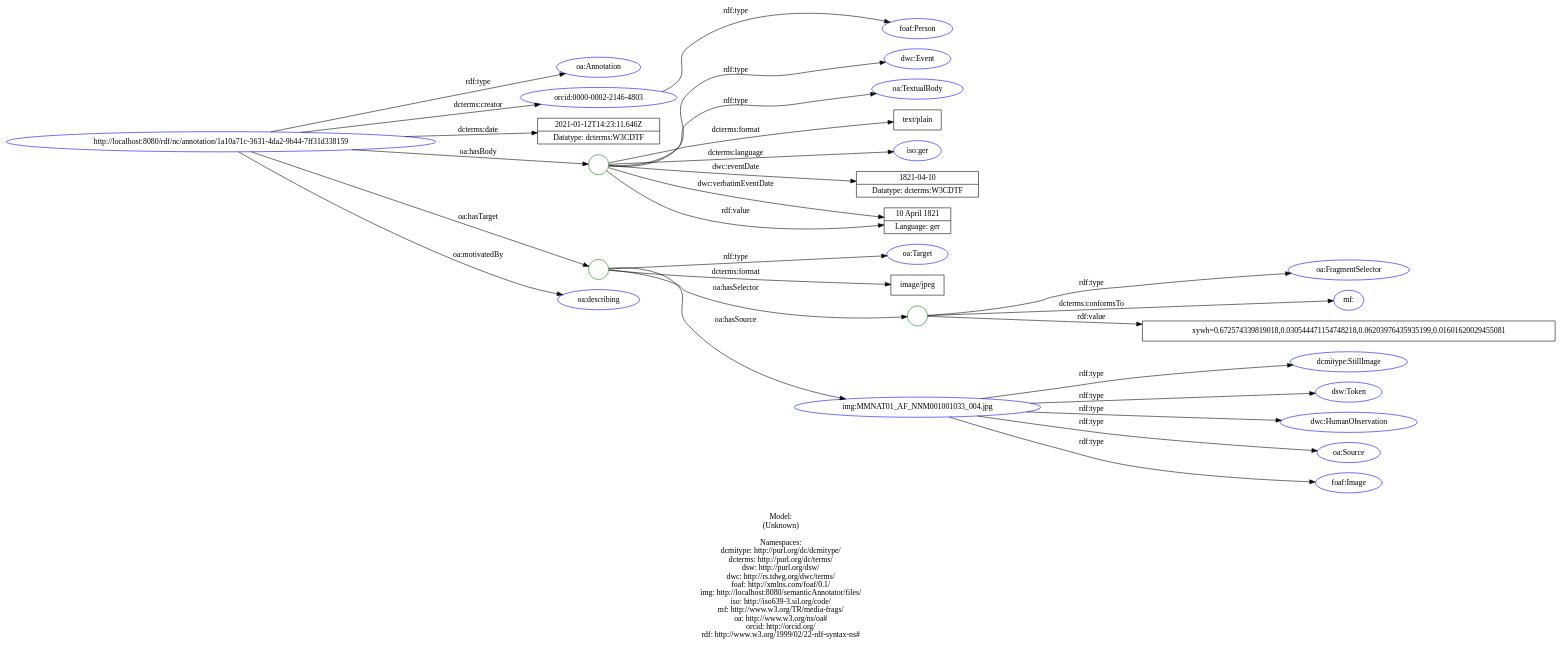
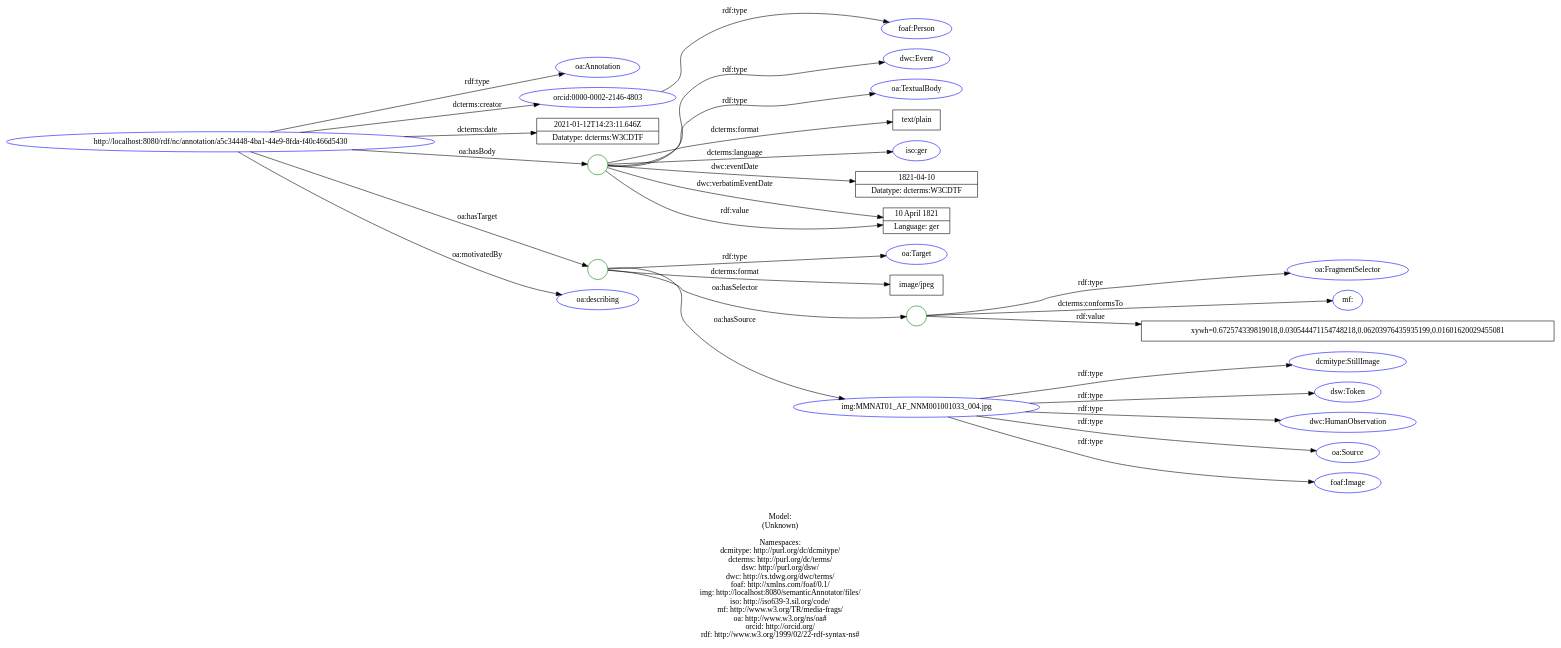
Before and after one commit to lisestork/SFB-Annotator: the diagram in doc/models/example_7_1.dot, drawn with Graphviz. The commit also changed 21 other files, not shown here.

```diff
--- a/doc/models/example_7_1.dot
+++ b/doc/models/example_7_1.dot
@@ -1,65 +1,65 @@
 digraph {
 	rankdir = LR;
 	charset="utf-8";
 
-	"Rhttp://localhost:8080/rdf/nc/annotation/1a10a71c-3631-4da2-9b44-7ff31d338159" -> "Roa:Annotation" [ label="rdf:type" ];
-	"Rhttp://localhost:8080/rdf/nc/annotation/1a10a71c-3631-4da2-9b44-7ff31d338159" -> "Rorcid:0000-0002-2146-4803" [ label="dcterms:creator" ];
-	"Rhttp://localhost:8080/rdf/nc/annotation/1a10a71c-3631-4da2-9b44-7ff31d338159" -> "L2021-01-12T14:23:11.646Z|Datatype: dcterms:W3CDTF" [ label="dcterms:date" ];
-	"Rhttp://localhost:8080/rdf/nc/annotation/1a10a71c-3631-4da2-9b44-7ff31d338159" -> "B_:node1evfnhjrix2" [ label="oa:hasBody" ];
-	"B_:node1evfnhjrix2" -> "Rdwc:Event" [ label="rdf:type" ];
-	"B_:node1evfnhjrix2" -> "Roa:TextualBody" [ label="rdf:type" ];
-	"B_:node1evfnhjrix2" -> "Ltext/plain" [ label="dcterms:format" ];
-	"B_:node1evfnhjrix2" -> "Riso:ger" [ label="dcterms:language" ];
-	"B_:node1evfnhjrix2" -> "L1821-04-10|Datatype: dcterms:W3CDTF" [ label="dwc:eventDate" ];
-	"B_:node1evfnhjrix2" -> "L10 April 1821|Language: ger" [ label="dwc:verbatimEventDate" ];
-	"B_:node1evfnhjrix2" -> "L10 April 1821|Language: ger" [ label="rdf:value" ];
-	"Rhttp://localhost:8080/rdf/nc/annotation/1a10a71c-3631-4da2-9b44-7ff31d338159" -> "B_:node1evfnhjrix1" [ label="oa:hasTarget" ];
-	"B_:node1evfnhjrix1" -> "Roa:Target" [ label="rdf:type" ];
-	"B_:node1evfnhjrix1" -> "Limage/jpeg" [ label="dcterms:format" ];
-	"B_:node1evfnhjrix1" -> "B_:node1evfnhjrix4" [ label="oa:hasSelector" ];
-	"B_:node1evfnhjrix4" -> "Roa:FragmentSelector" [ label="rdf:type" ];
-	"B_:node1evfnhjrix4" -> "Rmf:" [ label="dcterms:conformsTo" ];
-	"B_:node1evfnhjrix4" -> "Lxywh=0.672574339819018,0.030544471154748218,0.06203976435935199,0.01601620029455081" [ label="rdf:value" ];
-	"B_:node1evfnhjrix1" -> "Rimg:MMNAT01_AF_NNM001001033_004.jpg" [ label="oa:hasSource" ];
-	"Rhttp://localhost:8080/rdf/nc/annotation/1a10a71c-3631-4da2-9b44-7ff31d338159" -> "Roa:describing" [ label="oa:motivatedBy" ];
+	"Rhttp://localhost:8080/rdf/nc/annotation/a5c34448-4ba1-44e9-8fda-f40c466d5430" -> "Roa:Annotation" [ label="rdf:type" ];
+	"Rhttp://localhost:8080/rdf/nc/annotation/a5c34448-4ba1-44e9-8fda-f40c466d5430" -> "Rorcid:0000-0002-2146-4803" [ label="dcterms:creator" ];
+	"Rhttp://localhost:8080/rdf/nc/annotation/a5c34448-4ba1-44e9-8fda-f40c466d5430" -> "L2021-01-12T14:23:11.646Z|Datatype: dcterms:W3CDTF" [ label="dcterms:date" ];
+	"Rhttp://localhost:8080/rdf/nc/annotation/a5c34448-4ba1-44e9-8fda-f40c466d5430" -> "B_:node1f0go8rutx38" [ label="oa:hasBody" ];
+	"B_:node1f0go8rutx38" -> "Rdwc:Event" [ label="rdf:type" ];
+	"B_:node1f0go8rutx38" -> "Roa:TextualBody" [ label="rdf:type" ];
+	"B_:node1f0go8rutx38" -> "Ltext/plain" [ label="dcterms:format" ];
+	"B_:node1f0go8rutx38" -> "Riso:ger" [ label="dcterms:language" ];
+	"B_:node1f0go8rutx38" -> "L1821-04-10|Datatype: dcterms:W3CDTF" [ label="dwc:eventDate" ];
+	"B_:node1f0go8rutx38" -> "L10 April 1821|Language: ger" [ label="dwc:verbatimEventDate" ];
+	"B_:node1f0go8rutx38" -> "L10 April 1821|Language: ger" [ label="rdf:value" ];
+	"Rhttp://localhost:8080/rdf/nc/annotation/a5c34448-4ba1-44e9-8fda-f40c466d5430" -> "B_:node1f0go8rutx37" [ label="oa:hasTarget" ];
+	"B_:node1f0go8rutx37" -> "Roa:Target" [ label="rdf:type" ];
+	"B_:node1f0go8rutx37" -> "Limage/jpeg" [ label="dcterms:format" ];
+	"B_:node1f0go8rutx37" -> "B_:node1f0go8rutx40" [ label="oa:hasSelector" ];
+	"B_:node1f0go8rutx40" -> "Roa:FragmentSelector" [ label="rdf:type" ];
+	"B_:node1f0go8rutx40" -> "Rmf:" [ label="dcterms:conformsTo" ];
+	"B_:node1f0go8rutx40" -> "Lxywh=0.672574339819018,0.030544471154748218,0.06203976435935199,0.01601620029455081" [ label="rdf:value" ];
+	"B_:node1f0go8rutx37" -> "Rimg:MMNAT01_AF_NNM001001033_004.jpg" [ label="oa:hasSource" ];
+	"Rhttp://localhost:8080/rdf/nc/annotation/a5c34448-4ba1-44e9-8fda-f40c466d5430" -> "Roa:describing" [ label="oa:motivatedBy" ];
 	"Rorcid:0000-0002-2146-4803" -> "Rfoaf:Person" [ label="rdf:type" ];
 	"Rimg:MMNAT01_AF_NNM001001033_004.jpg" -> "Rdcmitype:StillImage" [ label="rdf:type" ];
 	"Rimg:MMNAT01_AF_NNM001001033_004.jpg" -> "Rdsw:Token" [ label="rdf:type" ];
 	"Rimg:MMNAT01_AF_NNM001001033_004.jpg" -> "Rdwc:HumanObservation" [ label="rdf:type" ];
 	"Rimg:MMNAT01_AF_NNM001001033_004.jpg" -> "Roa:Source" [ label="rdf:type" ];
 	"Rimg:MMNAT01_AF_NNM001001033_004.jpg" -> "Rfoaf:Image" [ label="rdf:type" ];
 
 	// Resources
-	"Rhttp://localhost:8080/rdf/nc/annotation/1a10a71c-3631-4da2-9b44-7ff31d338159" [ label="http://localhost:8080/rdf/nc/annotation/1a10a71c-3631-4da2-9b44-7ff31d338159", shape = ellipse, color = blue ];
+	"Rhttp://localhost:8080/rdf/nc/annotation/a5c34448-4ba1-44e9-8fda-f40c466d5430" [ label="http://localhost:8080/rdf/nc/annotation/a5c34448-4ba1-44e9-8fda-f40c466d5430", shape = ellipse, color = blue ];
 	"Roa:Annotation" [ label="oa:Annotation", shape = ellipse, color = blue ];
 	"Rorcid:0000-0002-2146-4803" [ label="orcid:0000-0002-2146-4803", shape = ellipse, color = blue ];
 	"Rdwc:Event" [ label="dwc:Event", shape = ellipse, color = blue ];
 	"Roa:TextualBody" [ label="oa:TextualBody", shape = ellipse, color = blue ];
 	"Riso:ger" [ label="iso:ger", shape = ellipse, color = blue ];
 	"Roa:Target" [ label="oa:Target", shape = ellipse, color = blue ];
 	"Roa:FragmentSelector" [ label="oa:FragmentSelector", shape = ellipse, color = blue ];
 	"Rmf:" [ label="mf:", shape = ellipse, color = blue ];
 	"Rimg:MMNAT01_AF_NNM001001033_004.jpg" [ label="img:MMNAT01_AF_NNM001001033_004.jpg", shape = ellipse, color = blue ];
 	"Roa:describing" [ label="oa:describing", shape = ellipse, color = blue ];
 	"Rfoaf:Person" [ label="foaf:Person", shape = ellipse, color = blue ];
 	"Rdcmitype:StillImage" [ label="dcmitype:StillImage", shape = ellipse, color = blue ];
 	"Rdsw:Token" [ label="dsw:Token", shape = ellipse, color = blue ];
 	"Rdwc:HumanObservation" [ label="dwc:HumanObservation", shape = ellipse, color = blue ];
 	"Roa:Source" [ label="oa:Source", shape = ellipse, color = blue ];
 	"Rfoaf:Image" [ label="foaf:Image", shape = ellipse, color = blue ];
 
 	// Anonymous nodes
-	"B_:node1evfnhjrix2" [ label="", shape = circle, color = green ];
-	"B_:node1evfnhjrix1" [ label="", shape = circle, color = green ];
-	"B_:node1evfnhjrix4" [ label="", shape = circle, color = green ];
+	"B_:node1f0go8rutx38" [ label="", shape = circle, color = green ];
+	"B_:node1f0go8rutx37" [ label="", shape = circle, color = green ];
+	"B_:node1f0go8rutx40" [ label="", shape = circle, color = green ];
 
 	// Literals
 	"L2021-01-12T14:23:11.646Z|Datatype: dcterms:W3CDTF" [ label="2021-01-12T14:23:11.646Z|Datatype: dcterms:W3CDTF", shape = record ];
 	"Ltext/plain" [ label="text/plain", shape = record ];
 	"L1821-04-10|Datatype: dcterms:W3CDTF" [ label="1821-04-10|Datatype: dcterms:W3CDTF", shape = record ];
 	"L10 April 1821|Language: ger" [ label="10 April 1821|Language: ger", shape = record ];
 	"Limage/jpeg" [ label="image/jpeg", shape = record ];
 	"Lxywh=0.672574339819018,0.030544471154748218,0.06203976435935199,0.01601620029455081" [ label="xywh=0.672574339819018,0.030544471154748218,0.06203976435935199,0.01601620029455081", shape = record ];
 
 	label="\n\nModel:\n(Unknown)\n\nNamespaces:\ndcmitype: http://purl.org/dc/dcmitype/\ndcterms: http://purl.org/dc/terms/\ndsw: http://purl.org/dsw/\ndwc: http://rs.tdwg.org/dwc/terms/\nfoaf: http://xmlns.com/foaf/0.1/\nimg: http://localhost:8080/semanticAnnotator/files/\niso: http://iso639-3.sil.org/code/\nmf: http://www.w3.org/TR/media-frags/\noa: http://www.w3.org/ns/oa#\norcid: http://orcid.org/\nrdf: http://www.w3.org/1999/02/22-rdf-syntax-ns#\n";
 }
```
